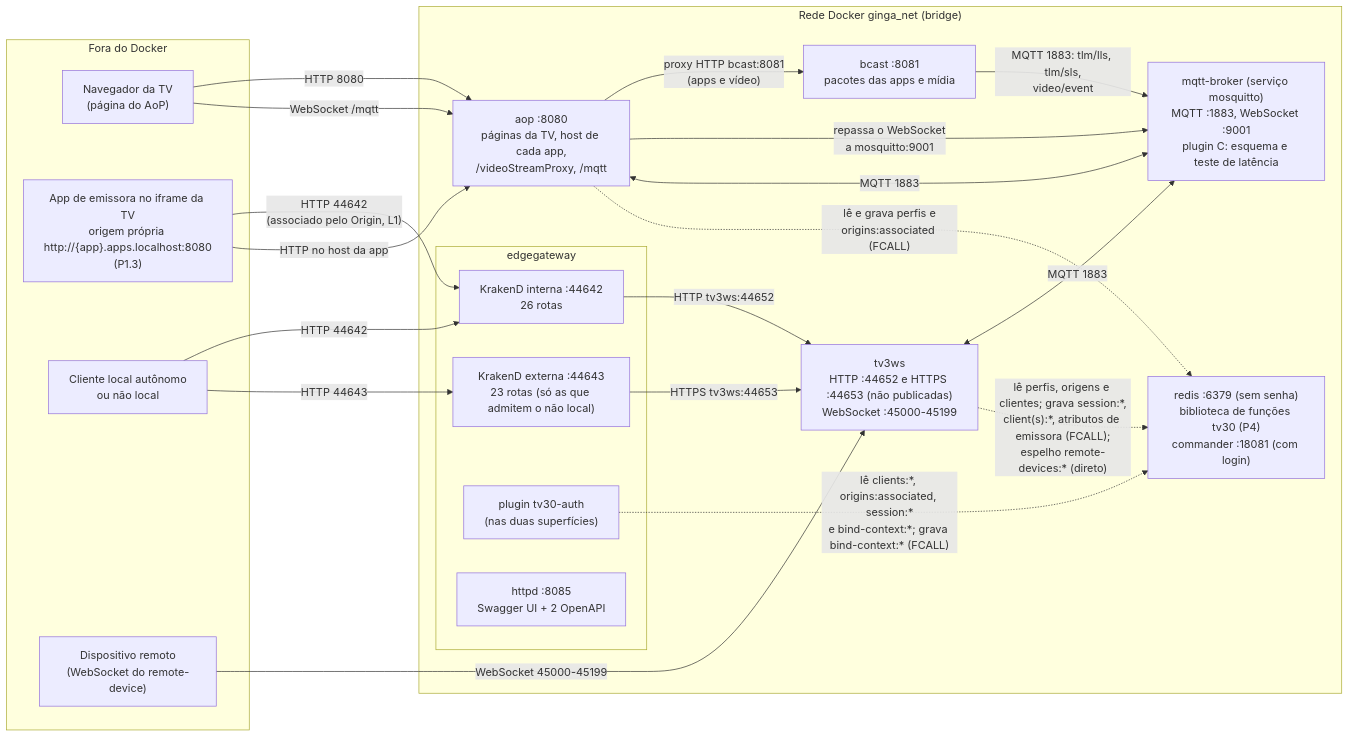
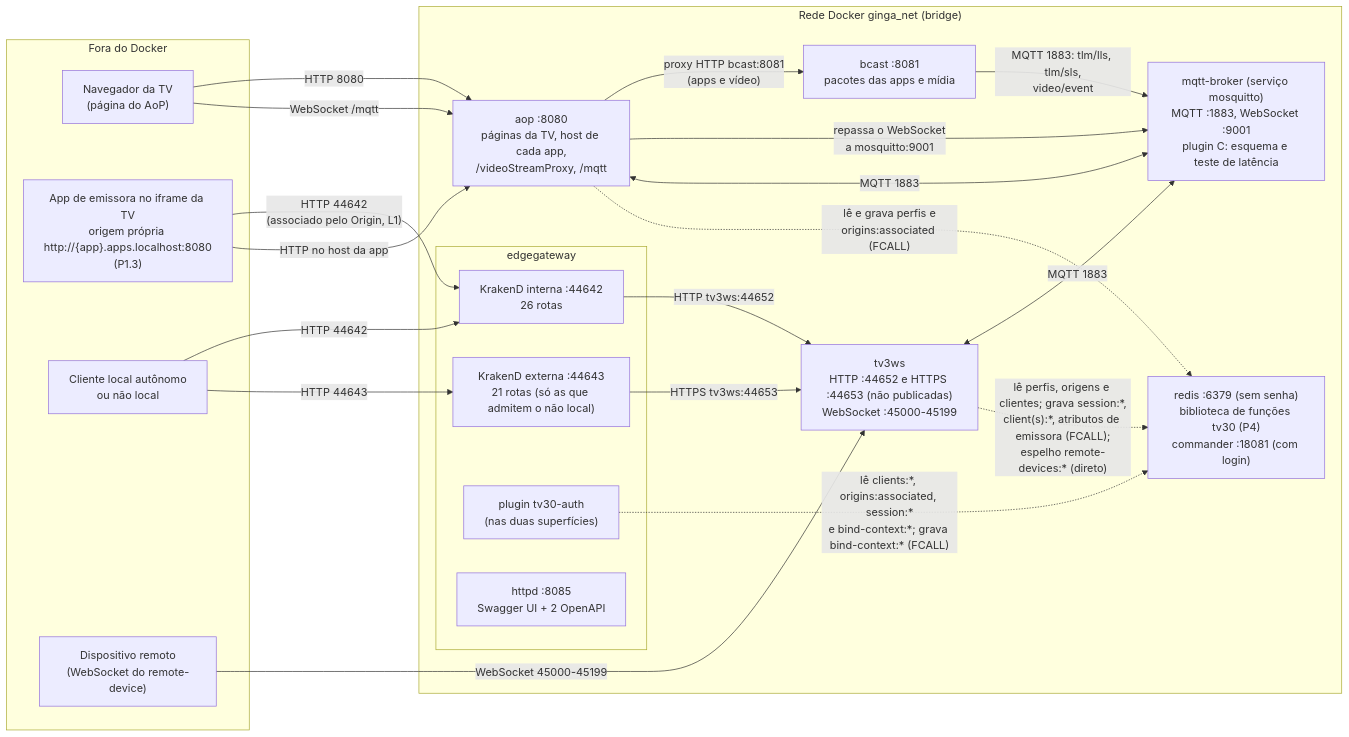
Before and after one commit to multisens/Infra: the first of 3 diagrams in docs/00-diagrama-unificado.md, drawn with Mermaid. The commit also changed 25 other files, not shown here.

````diff
--- a/docs/00-diagrama-unificado.md
+++ b/docs/00-diagrama-unificado.md
@@ -9,44 +9,44 @@
 ```mermaid
 graph LR
     subgraph FORA["Fora do Docker"]
         TV["Navegador da TV<br/>(página do AoP)"]
         APPE["App de emissora no iframe da TV<br/>origem própria http://{app}.apps.localhost:8080<br/>(P1.3)"]
         CLI["Cliente local autônomo<br/>ou não local"]
         RD["Dispositivo remoto<br/>(WebSocket do remote-device)"]
     end
 
     subgraph NET["Rede Docker ginga_net (bridge)"]
         subgraph EDGE["edgegateway"]
             KI["KrakenD interna :44642<br/>26 rotas"]
-            KE["KrakenD externa :44643<br/>23 rotas (só as que admitem o não local)"]
+            KE["KrakenD externa :44643<br/>21 rotas (só as que admitem o não local)"]
             PL["plugin tv30-auth<br/>(nas duas superfícies)"]
             DOC["httpd :8085<br/>Swagger UI + 2 OpenAPI"]
         end
         TV3["tv3ws<br/>HTTP :44652 e HTTPS :44653 (não publicadas)<br/>WebSocket :45000-45199"]
         AOP["aop :8080<br/>páginas da TV, host de cada app,<br/>/videoStreamProxy, /mqtt"]
         BC["bcast :8081<br/>pacotes das apps e mídia"]
         MQ["mqtt-broker (serviço mosquitto)<br/>MQTT :1883, WebSocket :9001<br/>plugin C: esquema e teste de latência"]
         RE["redis :6379 (sem senha)<br/>biblioteca de funções tv30 (P4)<br/>commander :18081 (com login)"]
     end
 
     CLI -->|"HTTP 44642"| KI
     CLI -->|"HTTP 44643"| KE
     APPE -->|"HTTP 44642<br/>(associado pelo Origin, L1)"| KI
     APPE -->|"HTTP no host da app"| AOP
     TV -->|"HTTP 8080"| AOP
     TV -->|"WebSocket /mqtt"| AOP
     RD -->|"WebSocket 45000-45199"| TV3
 
     KI -->|"HTTP tv3ws:44652"| TV3
     KE -->|"HTTPS tv3ws:44653"| TV3
     PL -.->|"lê clients:*, origins:associated, session:*<br/>e bind-context:*; grava bind-context:* (FCALL)"| RE
 
     AOP -->|"proxy HTTP bcast:8081<br/>(apps e vídeo)"| BC
     AOP -->|"repassa o WebSocket<br/>a mosquitto:9001"| MQ
     AOP <-->|"MQTT 1883"| MQ
     TV3 <-->|"MQTT 1883"| MQ
     BC -->|"MQTT 1883: tlm/lls, tlm/sls,<br/>video/event"| MQ
 
     AOP -.->|"lê e grava perfis e<br/>origins:associated (FCALL)"| RE
     TV3 -.->|"lê perfis, origens e clientes; grava session:*,<br/>client(s):*, atributos de emissora (FCALL);<br/>espelho remote-devices:* (direto)"| RE
 ```
````
